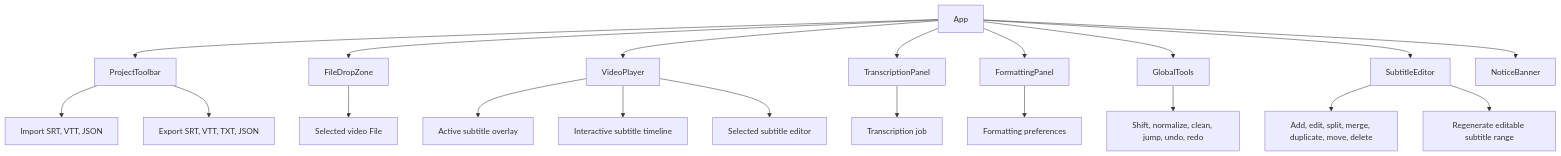
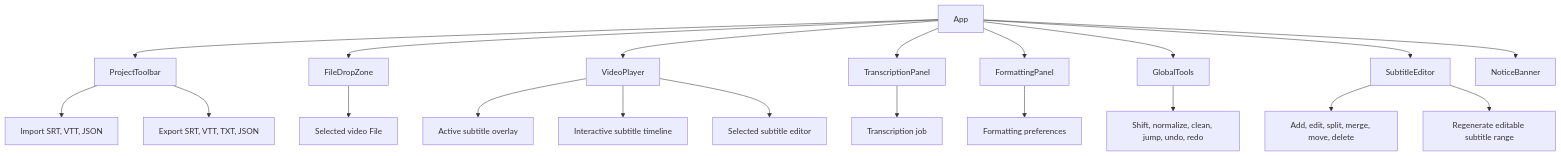
The second of 18 diagrams in docs/project-state.md (zxyandreay/auto-subtitle), drawn with Mermaid before and after one commit. The commit also changed other lines of this file and 13 other files, not shown here.

Commit message:
feat(editor): move regeneration to selected subtitle

````diff
--- a/docs/project-state.md
+++ b/docs/project-state.md
@@ -184,33 +184,33 @@
 ```mermaid
 flowchart TB
     App["App"]
     Toolbar["ProjectToolbar"]
     DropZone["FileDropZone"]
     VideoPlayer["VideoPlayer"]
     TranscriptionPanel["TranscriptionPanel"]
     FormattingPanel["FormattingPanel"]
     GlobalTools["GlobalTools"]
     SubtitleEditor["SubtitleEditor"]
     Notice["NoticeBanner"]
 
     App --> Toolbar
     App --> Notice
     App --> DropZone
     App --> VideoPlayer
     App --> TranscriptionPanel
     App --> FormattingPanel
     App --> GlobalTools
     App --> SubtitleEditor
 
     Toolbar --> Import["Import SRT, VTT, JSON"]
     Toolbar --> Export["Export SRT, VTT, TXT, JSON"]
     DropZone --> VideoFile["Selected video File"]
     VideoPlayer --> Overlay["Active subtitle overlay"]
     VideoPlayer --> Timeline["Interactive subtitle timeline"]
     VideoPlayer --> PlayerEditor["Selected subtitle editor"]
     TranscriptionPanel --> WorkerJob["Transcription job"]
     FormattingPanel --> Preferences["Formatting preferences"]
     GlobalTools --> BatchOps["Shift, normalize, clean, jump, undo, redo"]
-    SubtitleEditor --> RowOps["Add, edit, split, merge, duplicate, move, delete"]
+    SubtitleEditor --> RowOps["Add, edit, split, merge, move, delete"]
     SubtitleEditor --> Regenerate["Regenerate editable subtitle range"]
 ```
````
